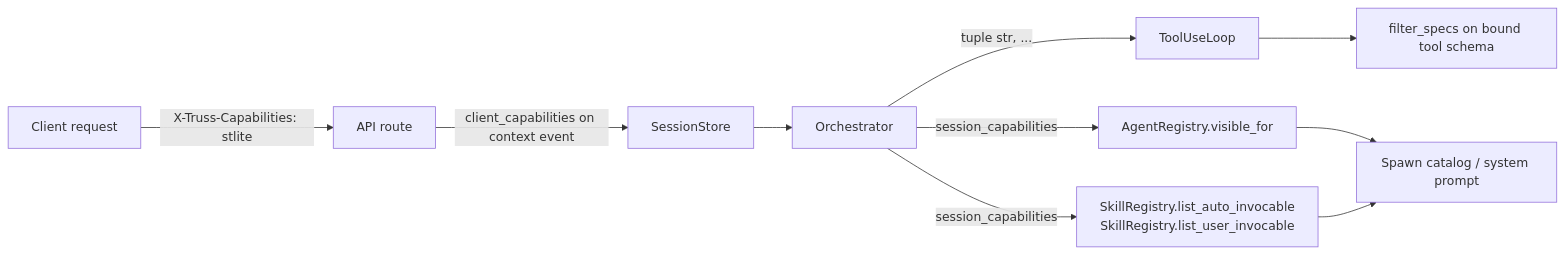
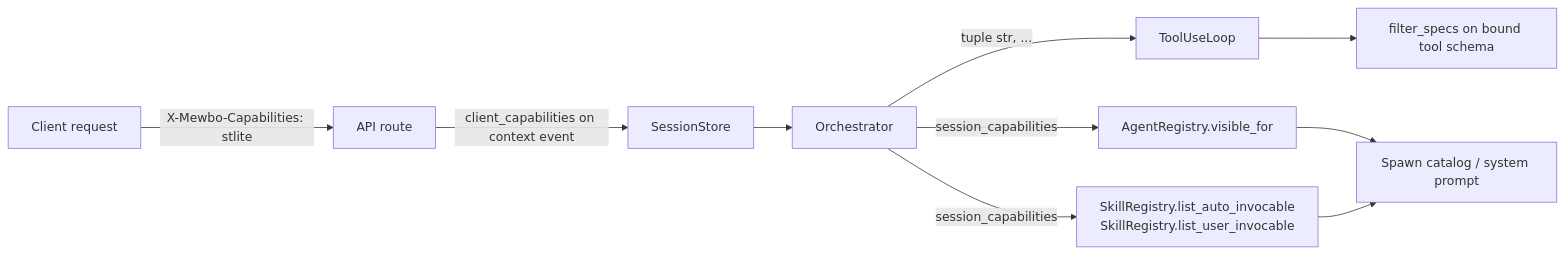
Before and after one commit to bearlike/Assistant: the third of 7 diagrams in latest/core-orchestration.md, drawn with Mermaid. The commit also changed other lines of this file and 165 other files, not shown here.

````diff
--- a/latest/core-orchestration.md
+++ b/latest/core-orchestration.md
@@ -122,12 +122,12 @@
 ```mermaid
 flowchart LR
-    A[Client request] -- X-Truss-Capabilities: stlite --> B[API route]
+    A[Client request] -- X-Mewbo-Capabilities: stlite --> B[API route]
     B -- client_capabilities on context event --> C[SessionStore]
     C --> D[Orchestrator]
     D -- tuple str, ... --> E[ToolUseLoop]
     D -- session_capabilities --> F[AgentRegistry.visible_for]
     D -- session_capabilities --> G[SkillRegistry.list_auto_invocable<br/>SkillRegistry.list_user_invocable]
     F --> H[Spawn catalog / system prompt]
     G --> H
     E --> I[filter_specs on bound tool schema]
 ```
````
